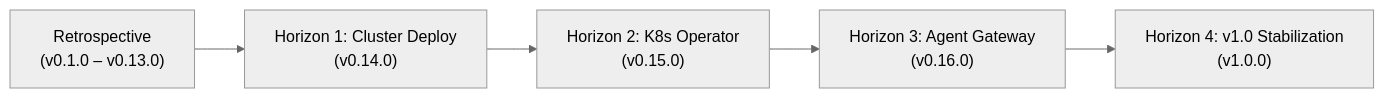
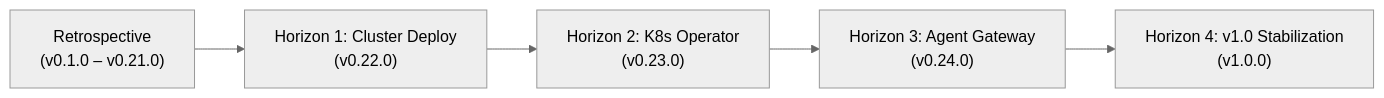
The diagram in docs/roadmap.md (cerebral-work/linearctl), drawn with Mermaid (neutral theme) before and after one commit. The commit also changed other lines of this file and 3 other files, not shown here.

Commit message:
docs: author initial roadmap feature spec and sync product roadmap

````diff
--- a/docs/roadmap.md
+++ b/docs/roadmap.md
@@ -14,7 +14,7 @@
 ```mermaid
 flowchart LR
-    H0["Retrospective\n(v0.1.0 – v0.13.0)"] --> H1["Horizon 1: Cluster Deploy\n(v0.14.0)"]
-    H1 --> H2["Horizon 2: K8s Operator\n(v0.15.0)"]
-    H2 --> H3["Horizon 3: Agent Gateway\n(v0.16.0)"]
+    H0["Retrospective\n(v0.1.0 – v0.21.0)"] --> H1["Horizon 1: Cluster Deploy\n(v0.22.0)"]
+    H1 --> H2["Horizon 2: K8s Operator\n(v0.23.0)"]
+    H2 --> H3["Horizon 3: Agent Gateway\n(v0.24.0)"]
     H3 --> H4["Horizon 4: v1.0 Stabilization\n(v1.0.0)"]
 ```
````
